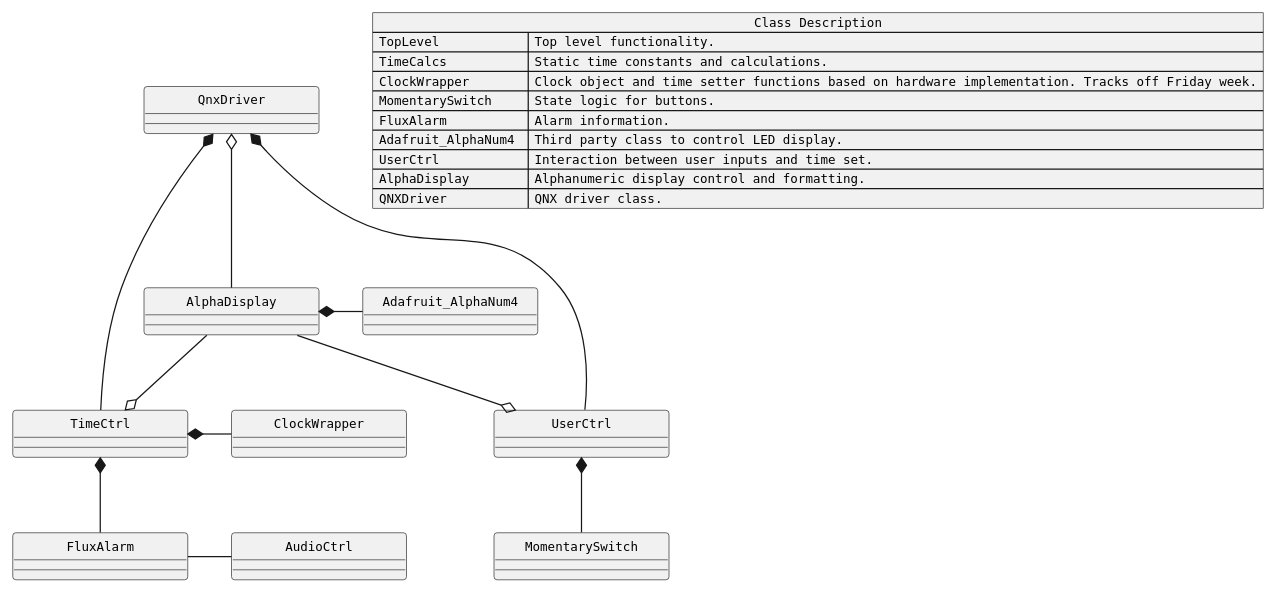
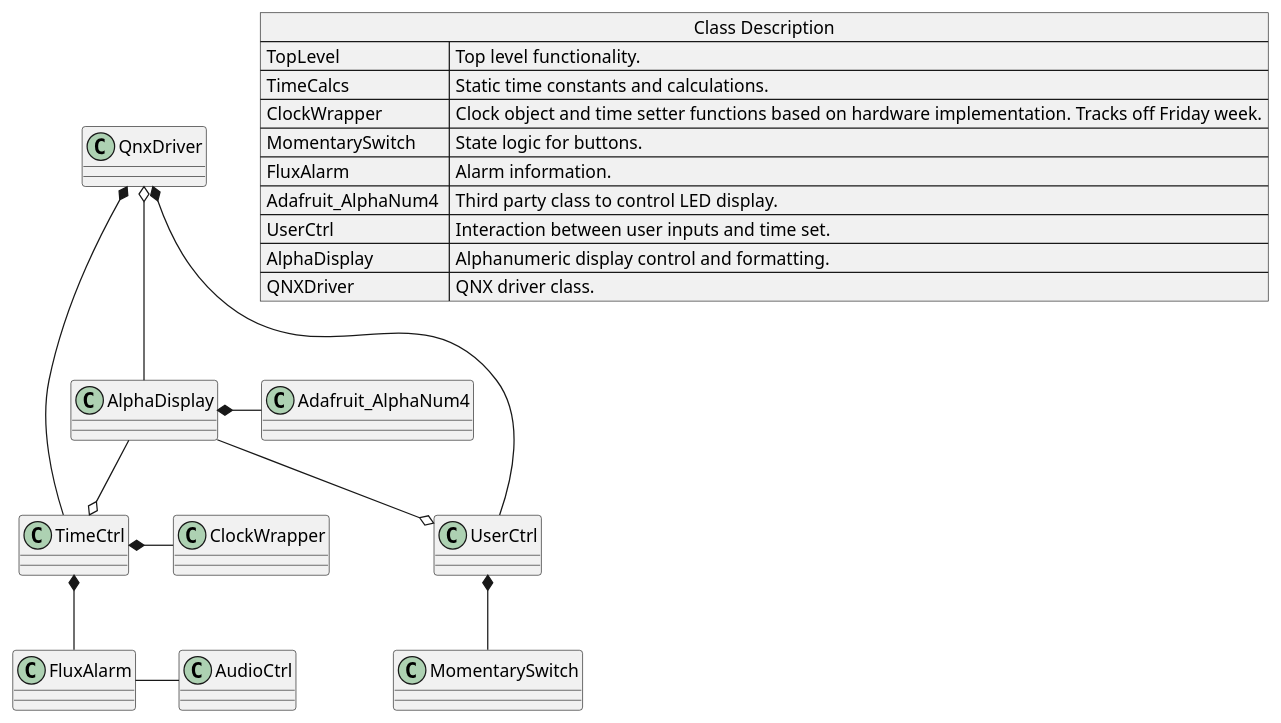
The diagram in docs/sw-arch/nine-eighty.puml (rebeccajennifer/nine-eighty-alarm), drawn with PlantUML before and after one commit. The commit also changed 1 other file, not shown here.

Commit message:
style: Modified style of uml

```diff
--- a/docs/sw-arch/nine-eighty.puml
+++ b/docs/sw-arch/nine-eighty.puml
@@ -1,66 +1,61 @@
 @startuml
 
 ''
 
-' Hides the 'c' that appears next to classes
-hide circle
 
-skinparam DefaultFontName "Monospaced"
-skinparam DefaultFontSize "10"
-skinparam MinClassWidth 140
 
 '_______________________________________________________________________
 ' Global params
 '_______________________________________________________________________
 
 
 '_______________________________________________________________________
 ' Legend
 '_______________________________________________________________________
 ' --|> Inheritance, child on top  e.g. ChildClass  --|> ParentClass
 ' <|-- Inheritance, parent on top e.g. ParentClass --|> ChildClass
 ' --   Association, need to communicate, no strong relationship
 ' -->  Directed Association, classA knows of classB, but not vice versa
 ' *--  Composition
 ' o--  Aggregation
 ' ..>  Dependency
 ' <|.. Realization
 '_______________________________________________________________________
 
 class QnxDriver
 class ClockWrapper
 class Adafruit_AlphaNum4
 class TimeCtrl
 class UserCtrl
 class FluxAlarm
 class AlphaDisplay
 class AudioCtrl
 class MomentarySwitch
 
 QnxDriver     *-down- UserCtrl
 QnxDriver     *-down- TimeCtrl
 QnxDriver     o-down- AlphaDisplay
 TimeCtrl      o-up-   AlphaDisplay
 UserCtrl      o-up-   AlphaDisplay
 TimeCtrl      *-      ClockWrapper
 TimeCtrl      *-down- FluxAlarm
 
 UserCtrl      *-down- MomentarySwitch
 FluxAlarm     -      AudioCtrl
 
 AlphaDisplay   *- Adafruit_AlphaNum4
 
 '_______________________________________________________________________
 ' Class descriptions
 json "Class Description" as class_desc {
   "TopLevel           " : "Top level functionality."
 , "TimeCalcs          " : "Static time constants and calculations."
 , "ClockWrapper       " : "Clock object and time setter functions based on hardware implementation. Tracks off Friday week."
 , "MomentarySwitch    " : "State logic for buttons."
 , "FluxAlarm          " : "Alarm information."
 , "Adafruit_AlphaNum4 " : "Third party class to control LED display."
 , "UserCtrl           " : "Interaction between user inputs and time set."
 , "AlphaDisplay       " : "Alphanumeric display control and formatting."
 , "QNXDriver          " : "QNX driver class."
 }
 @enduml
```
